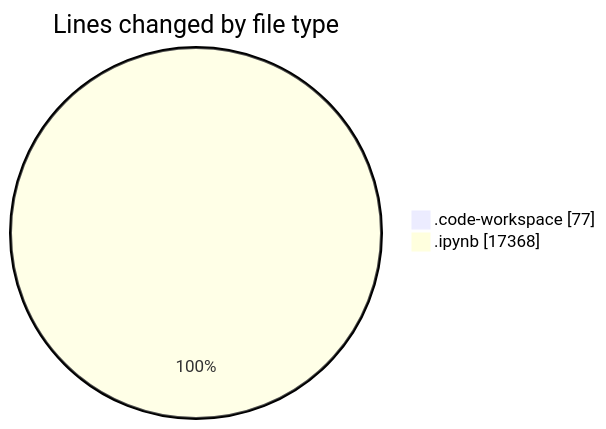
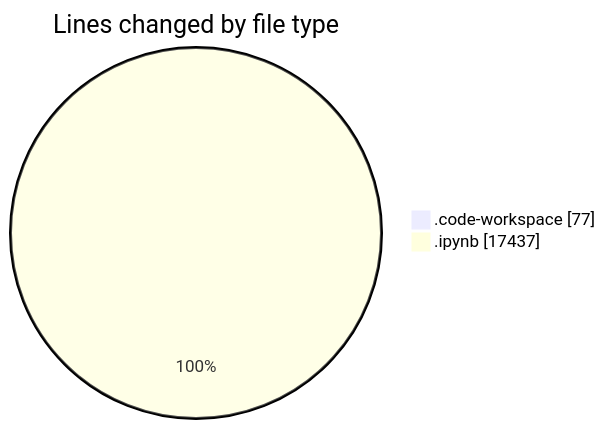
One commit to MatusMokan/code-tracking changed the first of 2 diagrams in 2025-03-14/myws__workspace_/README.md. Above: the diagram before and after it, drawn with Mermaid. The commit also changed other lines of this file and 1 other file, not shown here.

````diff
--- a/2025-03-14/myws__workspace_/README.md
+++ b/2025-03-14/myws__workspace_/README.md
@@ -21,6 +21,6 @@
 ```mermaid
 pie showData
 title Lines changed by file type
 ".code-workspace" : 77
-".ipynb" : 17368
+".ipynb" : 17437
 ```
````
